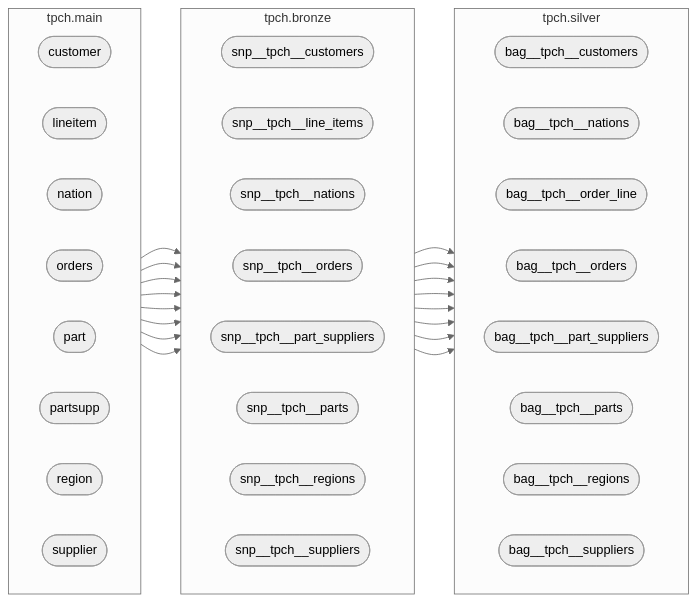
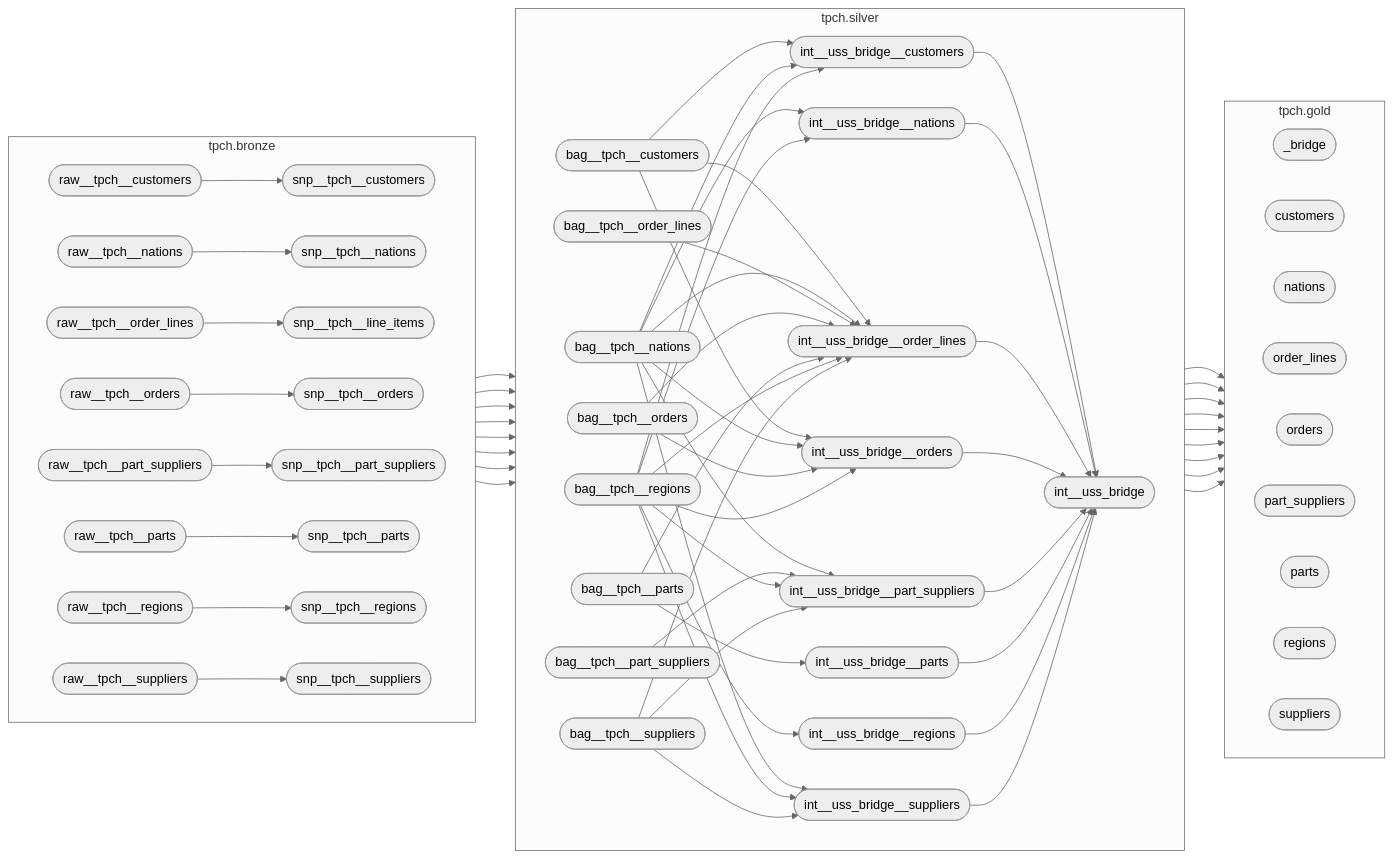
Before and after one commit to mattiasthalen/tpch: the first of 4 diagrams in README.md, drawn with Mermaid (neutral theme). The commit also changed other lines of this file and 19 other files, not shown here.

Commit message:
Add USS to gold

````diff
--- a/README.md
+++ b/README.md
@@ -5,6 +5,14 @@
 flowchart LR
     subgraph tpch.bronze["tpch.bronze"]
         direction LR
+        raw__tpch__customers(["raw__tpch__customers"])
+        raw__tpch__nations(["raw__tpch__nations"])
+        raw__tpch__order_lines(["raw__tpch__order_lines"])
+        raw__tpch__orders(["raw__tpch__orders"])
+        raw__tpch__part_suppliers(["raw__tpch__part_suppliers"])
+        raw__tpch__parts(["raw__tpch__parts"])
+        raw__tpch__regions(["raw__tpch__regions"])
+        raw__tpch__suppliers(["raw__tpch__suppliers"])
         snp__tpch__customers(["snp__tpch__customers"])
         snp__tpch__line_items(["snp__tpch__line_items"])
         snp__tpch__nations(["snp__tpch__nations"])
@@ -19,29 +27,49 @@
         direction LR
         bag__tpch__customers(["bag__tpch__customers"])
         bag__tpch__nations(["bag__tpch__nations"])
-        bag__tpch__order_line(["bag__tpch__order_line"])
+        bag__tpch__order_lines(["bag__tpch__order_lines"])
         bag__tpch__orders(["bag__tpch__orders"])
         bag__tpch__part_suppliers(["bag__tpch__part_suppliers"])
         bag__tpch__parts(["bag__tpch__parts"])
         bag__tpch__regions(["bag__tpch__regions"])
         bag__tpch__suppliers(["bag__tpch__suppliers"])
+        int__uss_bridge(["int__uss_bridge"])
+        int__uss_bridge__customers(["int__uss_bridge__customers"])
+        int__uss_bridge__nations(["int__uss_bridge__nations"])
+        int__uss_bridge__order_lines(["int__uss_bridge__order_lines"])
+        int__uss_bridge__orders(["int__uss_bridge__orders"])
+        int__uss_bridge__part_suppliers(["int__uss_bridge__part_suppliers"])
+        int__uss_bridge__parts(["int__uss_bridge__parts"])
+        int__uss_bridge__regions(["int__uss_bridge__regions"])
+        int__uss_bridge__suppliers(["int__uss_bridge__suppliers"])
     end
 
-    subgraph tpch.main["tpch.main"]
+    subgraph tpch.gold["tpch.gold"]
         direction LR
-        customer(["customer"])
-        lineitem(["lineitem"])
-        nation(["nation"])
+        _bridge(["_bridge"])
+        customers(["customers"])
+        nations(["nations"])
+        order_lines(["order_lines"])
         orders(["orders"])
-        part(["part"])
-        partsupp(["partsupp"])
-        region(["region"])
-        supplier(["supplier"])
+        part_suppliers(["part_suppliers"])
+        parts(["parts"])
+        regions(["regions"])
+        suppliers(["suppliers"])
     end
+
+    %% tpch.bronze -> tpch.bronze
+    raw__tpch__customers --> snp__tpch__customers
+    raw__tpch__nations --> snp__tpch__nations
+    raw__tpch__order_lines --> snp__tpch__line_items
+    raw__tpch__orders --> snp__tpch__orders
+    raw__tpch__part_suppliers --> snp__tpch__part_suppliers
+    raw__tpch__parts --> snp__tpch__parts
+    raw__tpch__regions --> snp__tpch__regions
+    raw__tpch__suppliers --> snp__tpch__suppliers
 
     %% tpch.bronze -> tpch.silver
     snp__tpch__customers --> bag__tpch__customers
-    snp__tpch__line_items --> bag__tpch__order_line
+    snp__tpch__line_items --> bag__tpch__order_lines
     snp__tpch__nations --> bag__tpch__nations
     snp__tpch__orders --> bag__tpch__orders
     snp__tpch__part_suppliers --> bag__tpch__part_suppliers
@@ -49,13 +77,49 @@
     snp__tpch__regions --> bag__tpch__regions
     snp__tpch__suppliers --> bag__tpch__suppliers
 
-    %% tpch.main -> tpch.bronze
-    customer --> snp__tpch__customers
-    lineitem --> snp__tpch__line_items
-    nation --> snp__tpch__nations
-    orders --> snp__tpch__orders
-    part --> snp__tpch__parts
-    partsupp --> snp__tpch__part_suppliers
-    region --> snp__tpch__regions
-    supplier --> snp__tpch__suppliers
+    %% tpch.silver -> tpch.silver
+    bag__tpch__customers --> int__uss_bridge__customers
+    bag__tpch__customers --> int__uss_bridge__order_lines
+    bag__tpch__customers --> int__uss_bridge__orders
+    bag__tpch__nations --> int__uss_bridge__customers
+    bag__tpch__nations --> int__uss_bridge__nations
+    bag__tpch__nations --> int__uss_bridge__order_lines
+    bag__tpch__nations --> int__uss_bridge__orders
+    bag__tpch__nations --> int__uss_bridge__part_suppliers
+    bag__tpch__nations --> int__uss_bridge__suppliers
+    bag__tpch__order_lines --> int__uss_bridge__order_lines
+    bag__tpch__orders --> int__uss_bridge__order_lines
+    bag__tpch__orders --> int__uss_bridge__orders
+    bag__tpch__part_suppliers --> int__uss_bridge__part_suppliers
+    bag__tpch__parts --> int__uss_bridge__order_lines
+    bag__tpch__parts --> int__uss_bridge__parts
+    bag__tpch__regions --> int__uss_bridge__customers
+    bag__tpch__regions --> int__uss_bridge__nations
+    bag__tpch__regions --> int__uss_bridge__order_lines
+    bag__tpch__regions --> int__uss_bridge__orders
+    bag__tpch__regions --> int__uss_bridge__part_suppliers
+    bag__tpch__regions --> int__uss_bridge__regions
+    bag__tpch__regions --> int__uss_bridge__suppliers
+    bag__tpch__suppliers --> int__uss_bridge__order_lines
+    bag__tpch__suppliers --> int__uss_bridge__part_suppliers
+    bag__tpch__suppliers --> int__uss_bridge__suppliers
+    int__uss_bridge__customers --> int__uss_bridge
+    int__uss_bridge__nations --> int__uss_bridge
+    int__uss_bridge__order_lines --> int__uss_bridge
+    int__uss_bridge__orders --> int__uss_bridge
+    int__uss_bridge__part_suppliers --> int__uss_bridge
+    int__uss_bridge__parts --> int__uss_bridge
+    int__uss_bridge__regions --> int__uss_bridge
+    int__uss_bridge__suppliers --> int__uss_bridge
+
+    %% tpch.silver -> tpch.gold
+    bag__tpch__customers --> customers
+    bag__tpch__nations --> nations
+    bag__tpch__order_lines --> order_lines
+    bag__tpch__orders --> orders
+    bag__tpch__part_suppliers --> part_suppliers
+    bag__tpch__parts --> parts
+    bag__tpch__regions --> regions
+    bag__tpch__suppliers --> suppliers
+    int__uss_bridge --> _bridge
 ```
````
